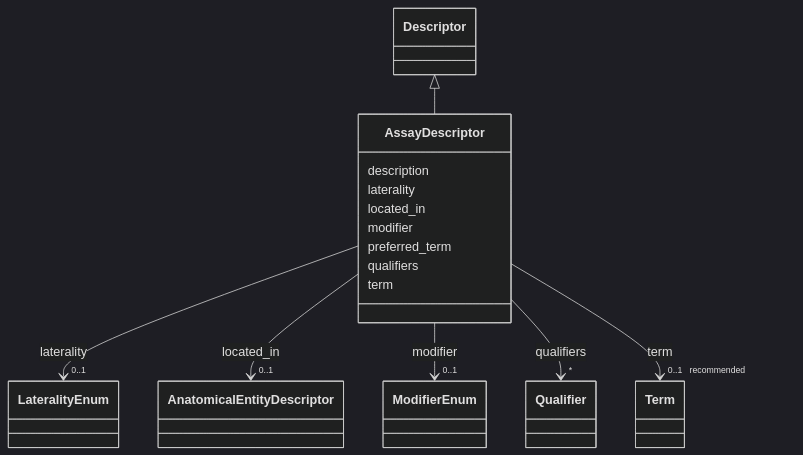
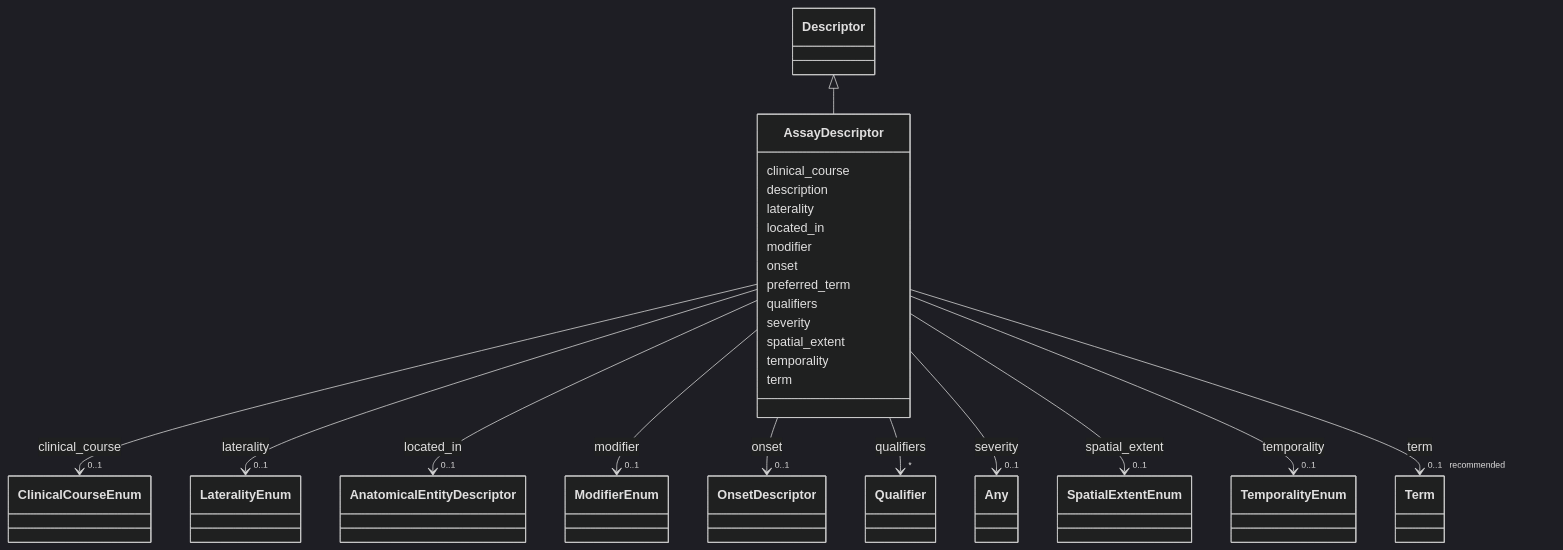
Before and after one commit to monarch-initiative/dismech: the diagram in docs/schema/classes/AssayDescriptor.md, drawn with Mermaid (dark theme). The commit also changed other lines of this file and 1343 other files, not shown here.

First line of the commit message:
docs: regenerate schema docs and point design-decisions link at rendered page

```diff
--- a/docs/schema/classes/AssayDescriptor.md
+++ b/docs/schema/classes/AssayDescriptor.md
@@ -22,6 +22,17 @@
       Descriptor <|-- AssayDescriptor
         click Descriptor href "../../classes/Descriptor/"
       
+      AssayDescriptor : clinical_course
+        
+          
+    
+        
+        
+        AssayDescriptor --> "0..1" ClinicalCourseEnum : clinical_course
+        click ClinicalCourseEnum href "../../enums/ClinicalCourseEnum/"
+    
+
+        
       AssayDescriptor : description
         
       AssayDescriptor : laterality
@@ -57,6 +68,17 @@
     
 
         
+      AssayDescriptor : onset
+        
+          
+    
+        
+        
+        AssayDescriptor --> "0..1" OnsetDescriptor : onset
+        click OnsetDescriptor href "../../classes/OnsetDescriptor/"
+    
+
+        
       AssayDescriptor : preferred_term
         
       AssayDescriptor : qualifiers
@@ -67,6 +89,39 @@
         
         AssayDescriptor --> "*" Qualifier : qualifiers
         click Qualifier href "../../classes/Qualifier/"
+    
+
+        
+      AssayDescriptor : severity
+        
+          
+    
+        
+        
+        AssayDescriptor --> "0..1" Any : severity
+        click Any href "../../classes/Any/"
+    
+
+        
+      AssayDescriptor : spatial_extent
+        
+          
+    
+        
+        
+        AssayDescriptor --> "0..1" SpatialExtentEnum : spatial_extent
+        click SpatialExtentEnum href "../../enums/SpatialExtentEnum/"
+    
+
+        
+      AssayDescriptor : temporality
+        
+          
+    
+        
+        
+        AssayDescriptor --> "0..1" TemporalityEnum : temporality
+        click TemporalityEnum href "../../enums/TemporalityEnum/"
     
 
         
```
